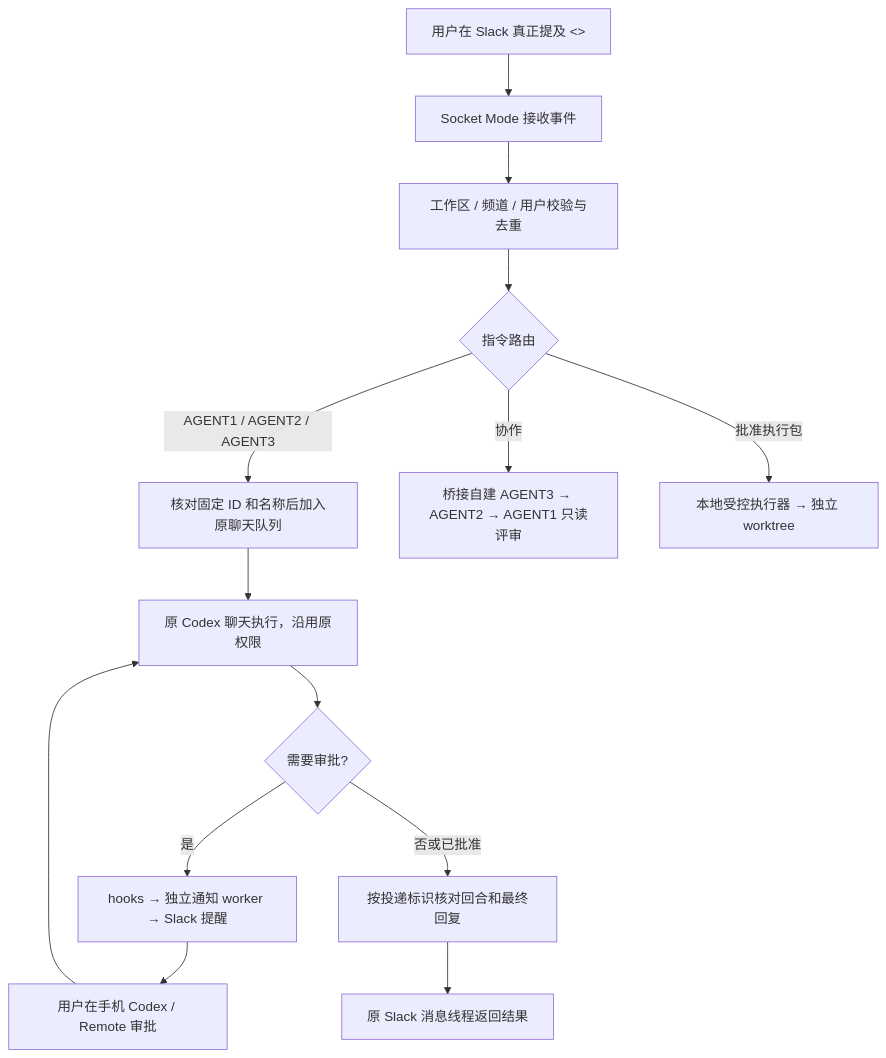
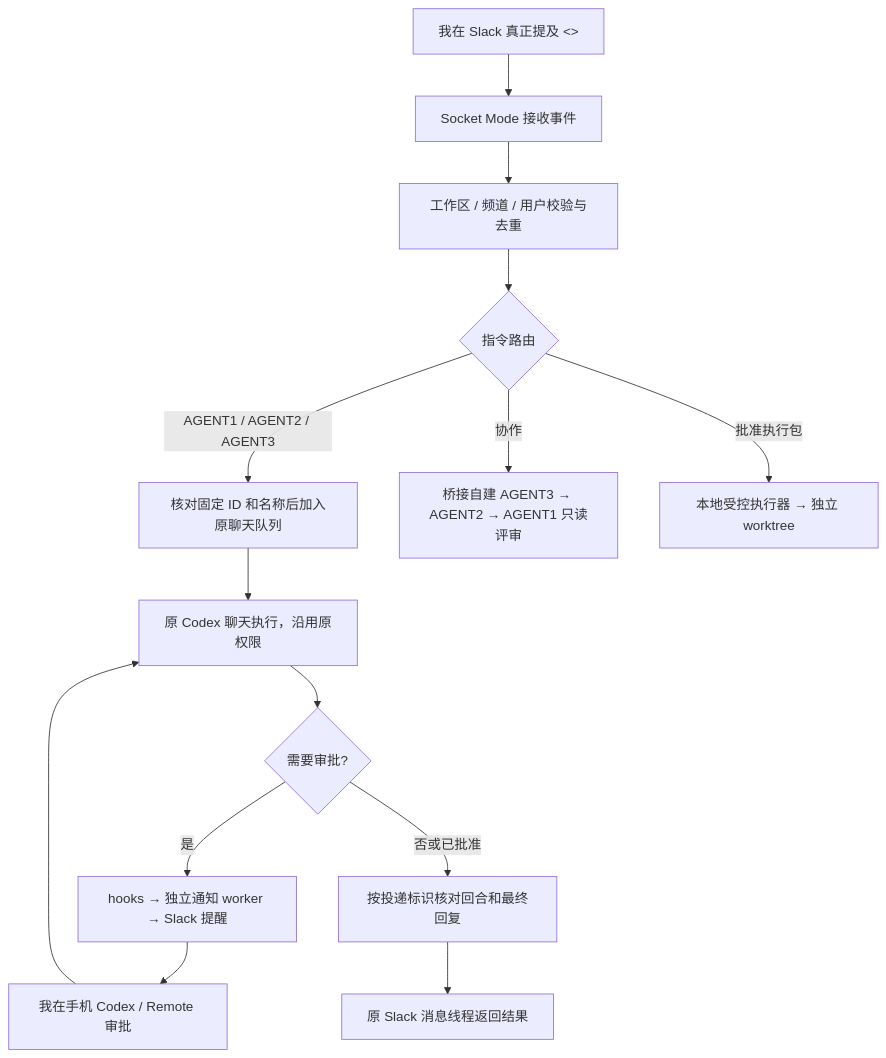
One commit to santonear/Codex_Slack_Bridge_Win changed the diagram in docs/zh/01-process.md. Above: the diagram before and after it, drawn with Mermaid. The commit also changed other lines of this file and 1 other file, not shown here.

````diff
--- a/docs/zh/01-process.md
+++ b/docs/zh/01-process.md
@@ -11,16 +11,16 @@
 ```mermaid
 flowchart TD
-    U["用户在 Slack 真正提及 <<Slack机器人>>"] --> S[Socket Mode 接收事件]
+    U["我在 Slack 真正提及 <<Slack机器人>>"] --> S[Socket Mode 接收事件]
     S --> V[工作区 / 频道 / 用户校验与去重]
     V --> R{指令路由}
     R -->|AGENT1 / AGENT2 / AGENT3| Q[核对固定 ID 和名称后加入原聊天队列]
     Q --> C[原 Codex 聊天执行，沿用原权限]
     C --> A{需要审批?}
     A -->|是| H[hooks → 独立通知 worker → Slack 提醒]
-    H --> M[用户在手机 Codex / Remote 审批]
+    H --> M[我在手机 Codex / Remote 审批]
     M --> C
     A -->|否或已批准| F[按投递标识核对回合和最终回复]
     F --> B[原 Slack 消息线程返回结果]
     R -->|协作| L[桥接自建 AGENT3 → AGENT2 → AGENT1 只读评审]
     R -->|批准执行包| E[本地受控执行器 → 独立 worktree]
 ```
````
